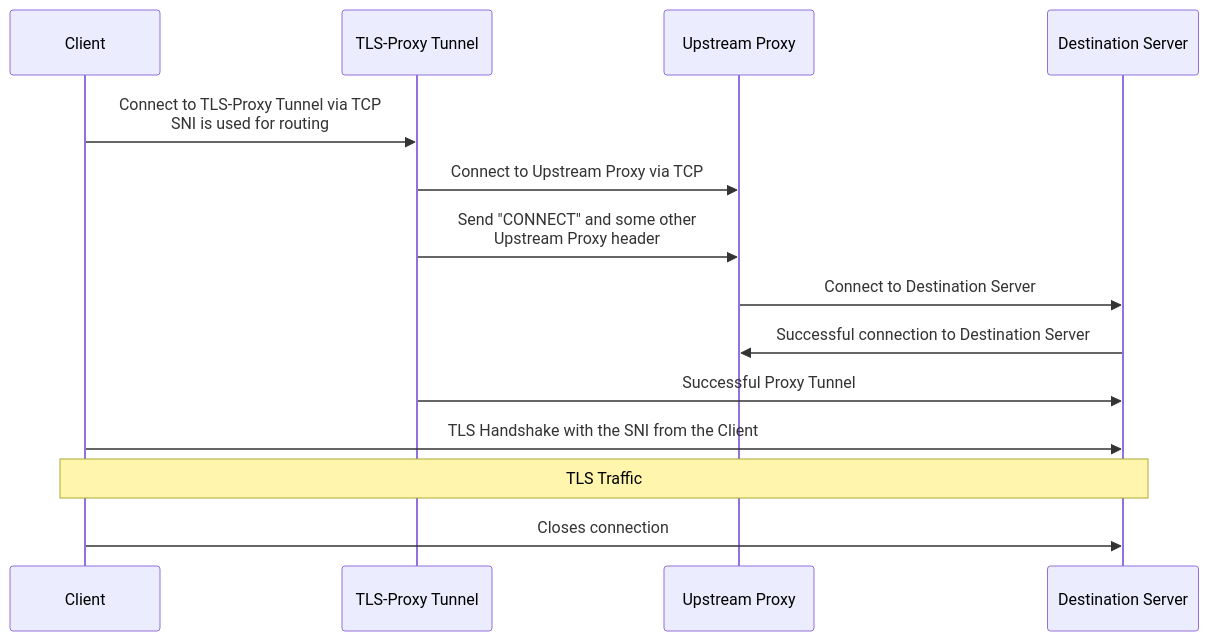
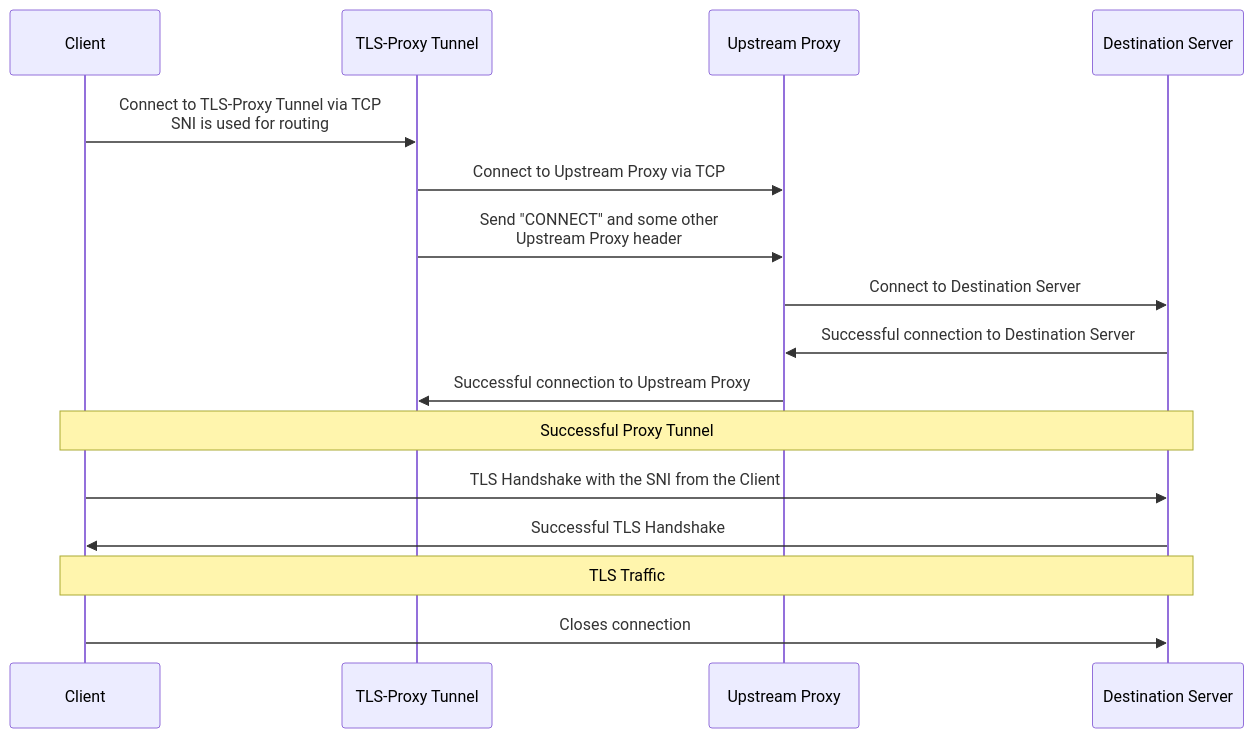
One commit to git001/tls-proxy-tunnel changed the diagram in README.md. Above: the diagram before and after it, drawn with Mermaid.

Commit message:
Update sequenceDiagram with more steps

````diff
--- a/README.md
+++ b/README.md
@@ -20,18 +20,20 @@
 ```mermaid
 sequenceDiagram
 
   participant CL AS Client
   participant LP AS TLS-Proxy Tunnel
   participant UP AS Upstream Proxy
   participant DS AS Destination Server
 
   CL->>LP: Connect to TLS-Proxy Tunnel via TCP<br/>SNI is used for routing
   LP->>UP: Connect to Upstream Proxy via TCP
   LP->>UP: Send "CONNECT" and some other<br/>Upstream Proxy header
   UP->>DS: Connect to Destination Server
   DS->>UP: Successful connection to Destination Server
-  LP->>DS: Successful Proxy Tunnel
+  UP->>LP: Successful connection to Upstream Proxy
+  Note over CL,DS: Successful Proxy Tunnel
   CL->>DS: TLS Handshake with the SNI from the Client
+  DS->>CL: Successful TLS Handshake
   Note over DS,CL: TLS Traffic
   CL->>DS: Closes connection
 ```
````
